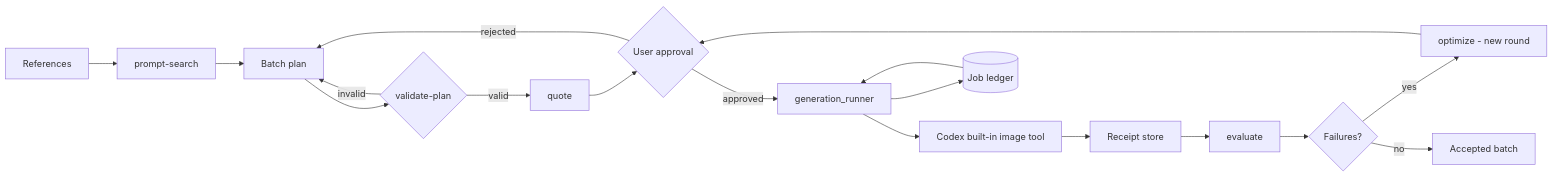
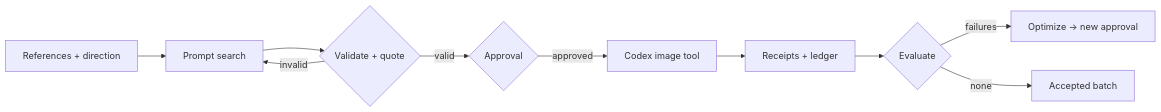
Before and after one commit to full-aigc-plugins/image-factory-plugin: the diagram in README.md, drawn with Mermaid. The commit also changed other lines of this file and 3 other files, not shown here.

````diff
--- a/README.md
+++ b/README.md
@@ -115,20 +150,12 @@
 ```mermaid
 flowchart LR
-    A[References] --> B[prompt-search]
-    B --> C[Batch plan]
-    C --> D{validate-plan}
-    D -->|invalid| C
-    D -->|valid| E[quote]
-    E --> F{User approval}
-    F -->|rejected| C
-    F -->|approved| G[generation_runner]
-    G --> H[Codex built-in image tool]
-    H --> I[Receipt store]
-    I --> J[evaluate]
-    J --> K{Failures?}
-    K -->|yes| L[optimize - new round]
-    L --> F
-    K -->|no| M[Accepted batch]
-    G --> N[(Job ledger)]
-    N --> G
+    A[References + direction] --> B[Prompt search]
+    B --> C{Validate + quote}
+    C -->|invalid| B
+    C -->|valid| D{Approval}
+    D -->|approved| E[Codex image tool]
+    E --> F[Receipts + ledger]
+    F --> G{Evaluate}
+    G -->|failures| H[Optimize → new approval]
+    G -->|none| I[Accepted batch]
 ```
````
